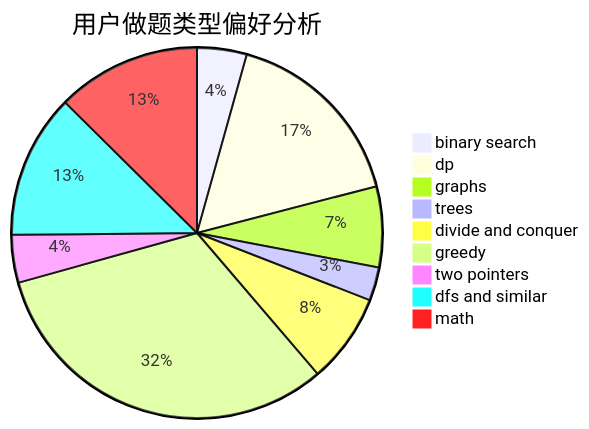
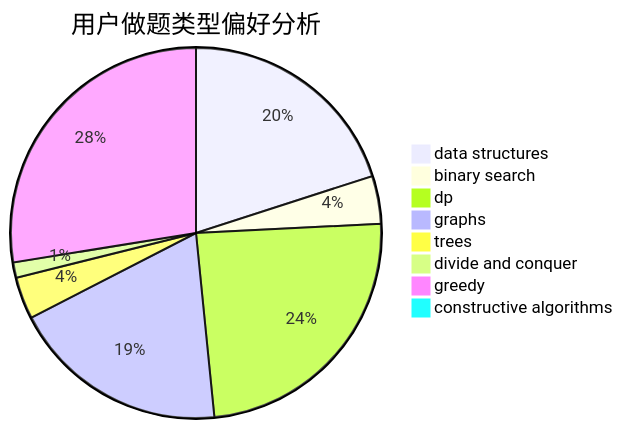
The second of 3 diagrams in docs/user/u1374.md (sherpahu/cfrs.github.io), drawn with Mermaid before and after one commit. The commit also changed other lines of this file and 2775 other files, not shown here.

````diff
--- a/docs/user/u1374.md
+++ b/docs/user/u1374.md
@@ -23,12 +23,11 @@
 ```mermaid
 pie title 用户做题类型偏好分析
-    "binary search" :  104
-    "dp" :  399
-    "graphs" :  169
-    "trees" :  70
-    "divide and conquer" :  188
-    "greedy" :  767
-    "two pointers" :  100
-    "dfs and similar" :  302
-    "math" :  302
+    "data structures" :  120
+    "binary search" :  25
+    "dp" :  145
+    "graphs" :  114
+    "trees" :  22
+    "divide and conquer" :  8
+    "greedy" :  165
+    "constructive algorithms" :  1
 ```
````
